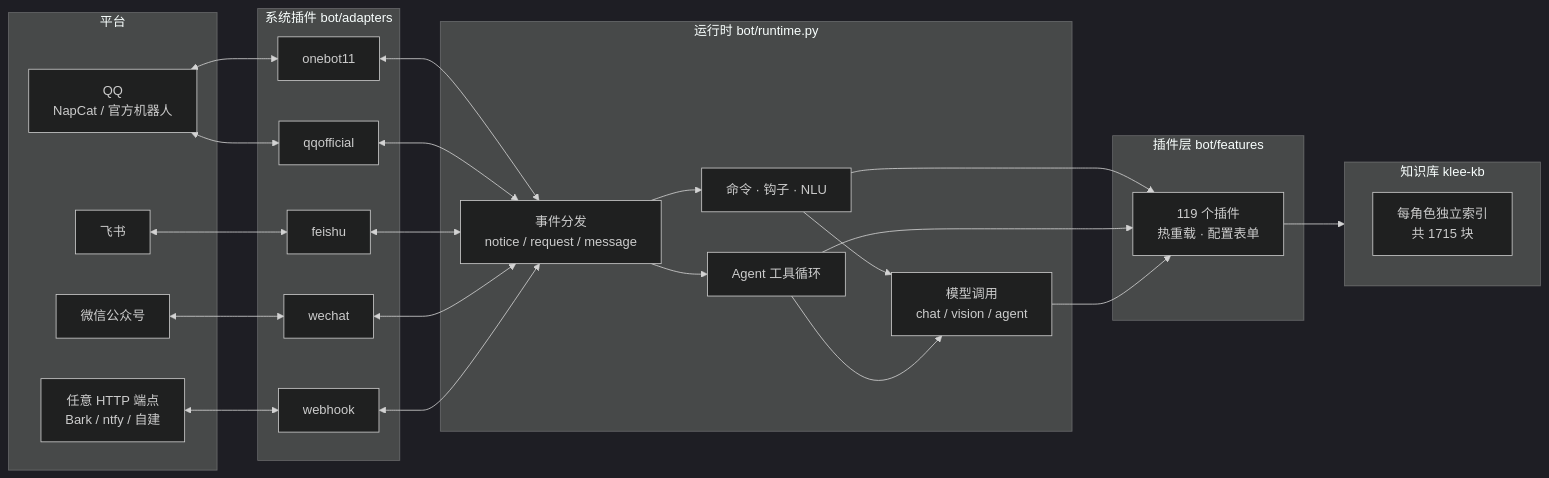
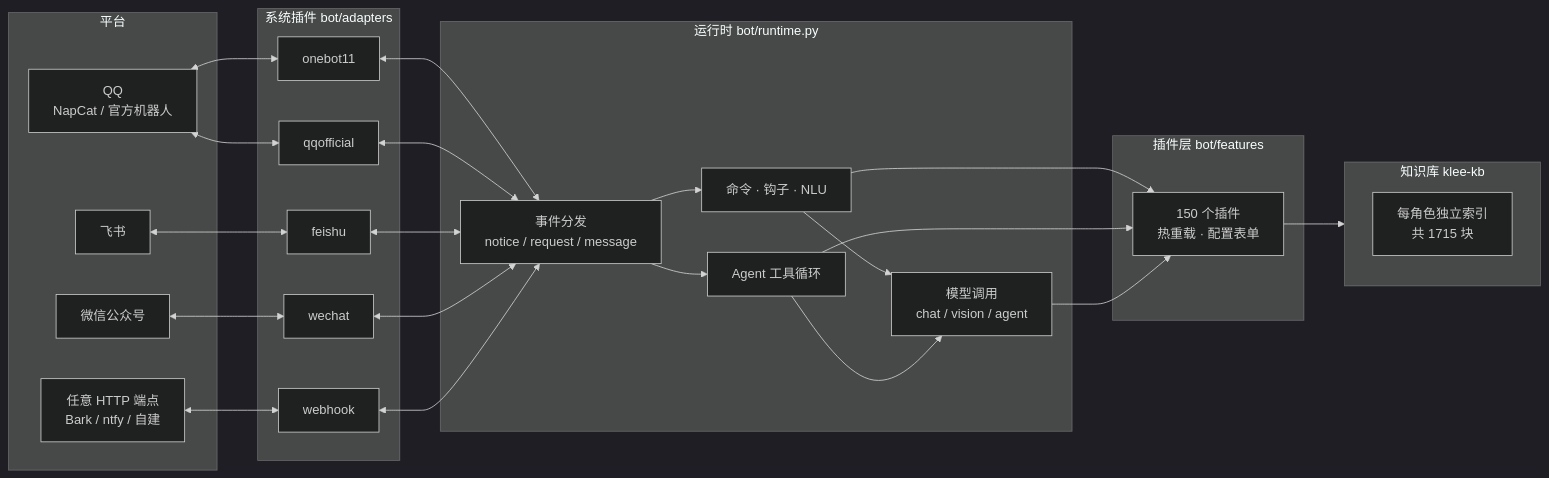
The diagram in README.md (wohongshi/character-bot), drawn with Mermaid (dark theme) before and after one commit. The commit also changed other lines of this file and 33 other files, not shown here.

````diff
--- a/README.md
+++ b/README.md
@@ -64,49 +64,49 @@
 ```mermaid
 flowchart LR
   subgraph P["平台"]
     QQ["QQ<br/>NapCat / 官方机器人"]
     FS["飞书"]
     WX["微信公众号"]
     WH["任意 HTTP 端点<br/>Bark / ntfy / 自建"]
   end
 
   subgraph A["系统插件 bot/adapters"]
     OB["onebot11"]
     QO["qqofficial"]
     FE["feishu"]
     WC["wechat"]
     WHA["webhook"]
   end
 
   subgraph R["运行时 bot/runtime.py"]
     D["事件分发<br/>notice / request / message"]
     C["命令 · 钩子 · NLU"]
     AG["Agent 工具循环"]
     LLM["模型调用<br/>chat / vision / agent"]
   end
 
   subgraph F["插件层 bot/features"]
-    P1["119 个插件<br/>热重载 · 配置表单"]
+    P1["150 个插件<br/>热重载 · 配置表单"]
   end
 
   subgraph K["知识库 klee-kb"]
     KB["每角色独立索引<br/>共 1715 块"]
   end
 
   QQ <--> OB
   QQ <--> QO
   FS <--> FE
   WX <--> WC
   WH <--> WHA
   OB <--> D
   QO <--> D
   FE <--> D
   WC <--> D
   WHA <--> D
   D --> C --> P1
   D --> AG --> P1
   P1 --> K
   C --> LLM
   AG --> LLM
   LLM --> P1
 ```
````
